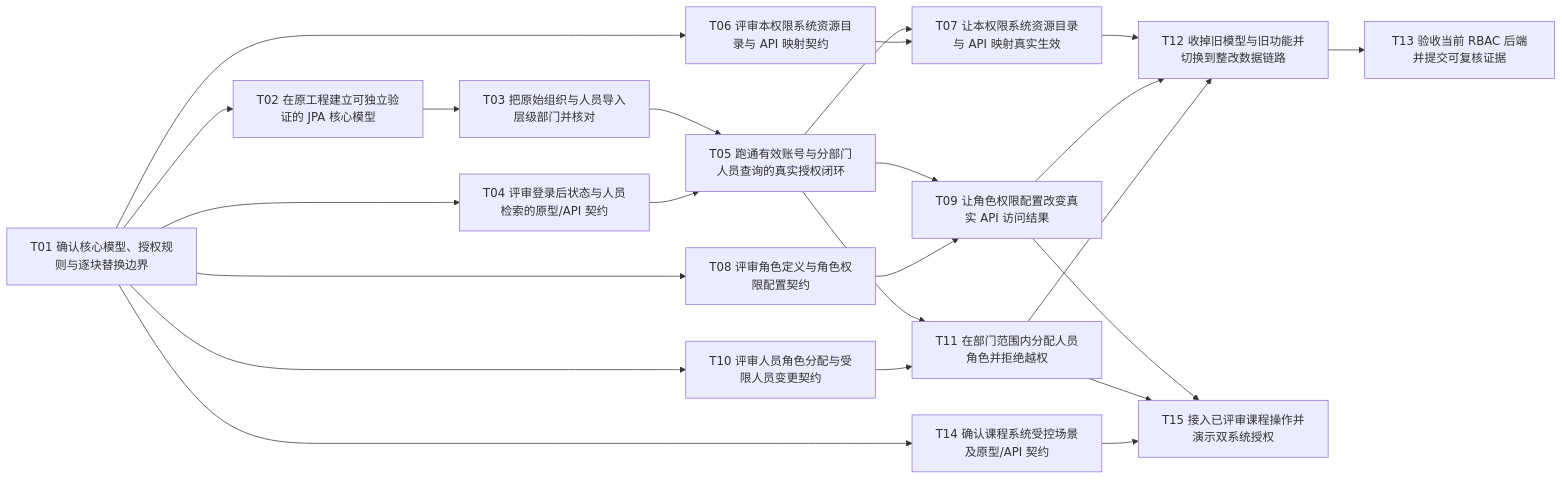
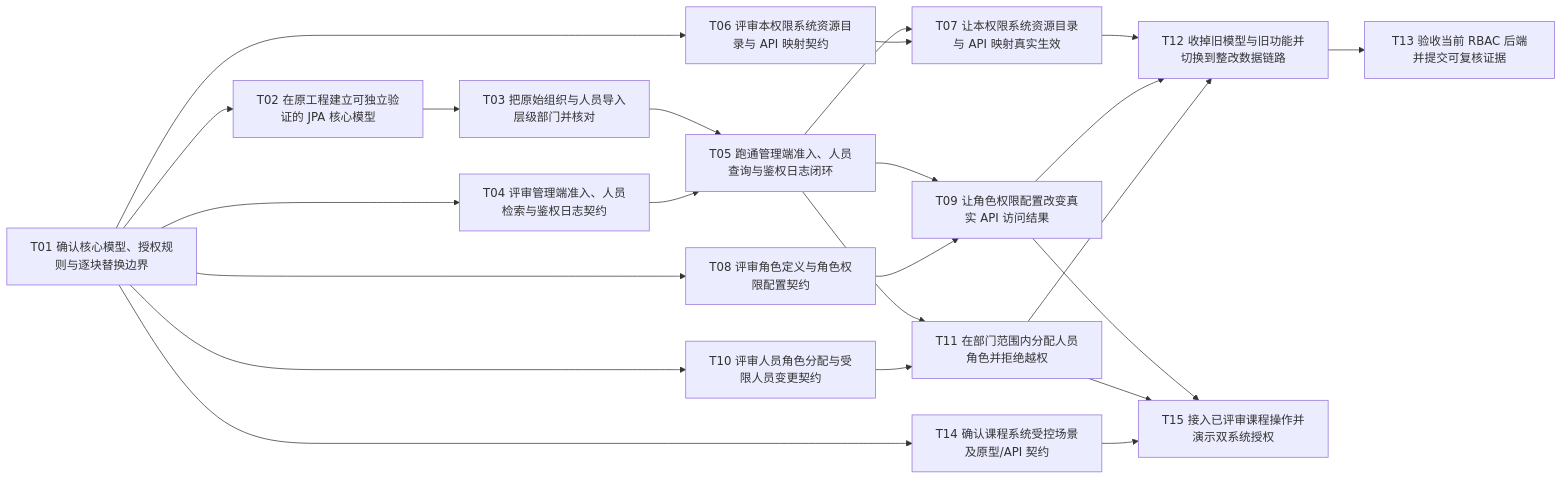
The diagram in docs/rbac-rectification/RBAC整改任务清单.md (minxuanbo/ooad-course-project), drawn with Mermaid before and after one commit. The commit also changed other lines of this file and 4 other files, not shown here.

````diff
--- a/docs/rbac-rectification/RBAC整改任务清单.md
+++ b/docs/rbac-rectification/RBAC整改任务清单.md
@@ -53,40 +64,40 @@
 ```mermaid
 flowchart LR
   T01["T01 确认核心模型、授权规则与逐块替换边界"]
   T02["T02 在原工程建立可独立验证的 JPA 核心模型"]
   T03["T03 把原始组织与人员导入层级部门并核对"]
-  T04["T04 评审登录后状态与人员检索的原型/API 契约"]
-  T05["T05 跑通有效账号与分部门人员查询的真实授权闭环"]
+  T04["T04 评审管理端准入、人员检索与鉴权日志契约"]
+  T05["T05 跑通管理端准入、人员查询与鉴权日志闭环"]
   T06["T06 评审本权限系统资源目录与 API 映射契约"]
   T07["T07 让本权限系统资源目录与 API 映射真实生效"]
   T08["T08 评审角色定义与角色权限配置契约"]
   T09["T09 让角色权限配置改变真实 API 访问结果"]
   T10["T10 评审人员角色分配与受限人员变更契约"]
   T11["T11 在部门范围内分配人员角色并拒绝越权"]
   T12["T12 收掉旧模型与旧功能并切换到整改数据链路"]
   T13["T13 验收当前 RBAC 后端并提交可复核证据"]
   T14["T14 确认课程系统受控场景及原型/API 契约"]
   T15["T15 接入已评审课程操作并演示双系统授权"]
   T01 --> T02
   T02 --> T03
   T01 --> T04
   T03 --> T05
   T04 --> T05
   T01 --> T06
   T05 --> T07
   T06 --> T07
   T01 --> T08
   T05 --> T09
   T08 --> T09
   T01 --> T10
   T05 --> T11
   T10 --> T11
   T07 --> T12
   T09 --> T12
   T11 --> T12
   T12 --> T13
   T01 --> T14
   T09 --> T15
   T11 --> T15
   T14 --> T15
 ```
````
